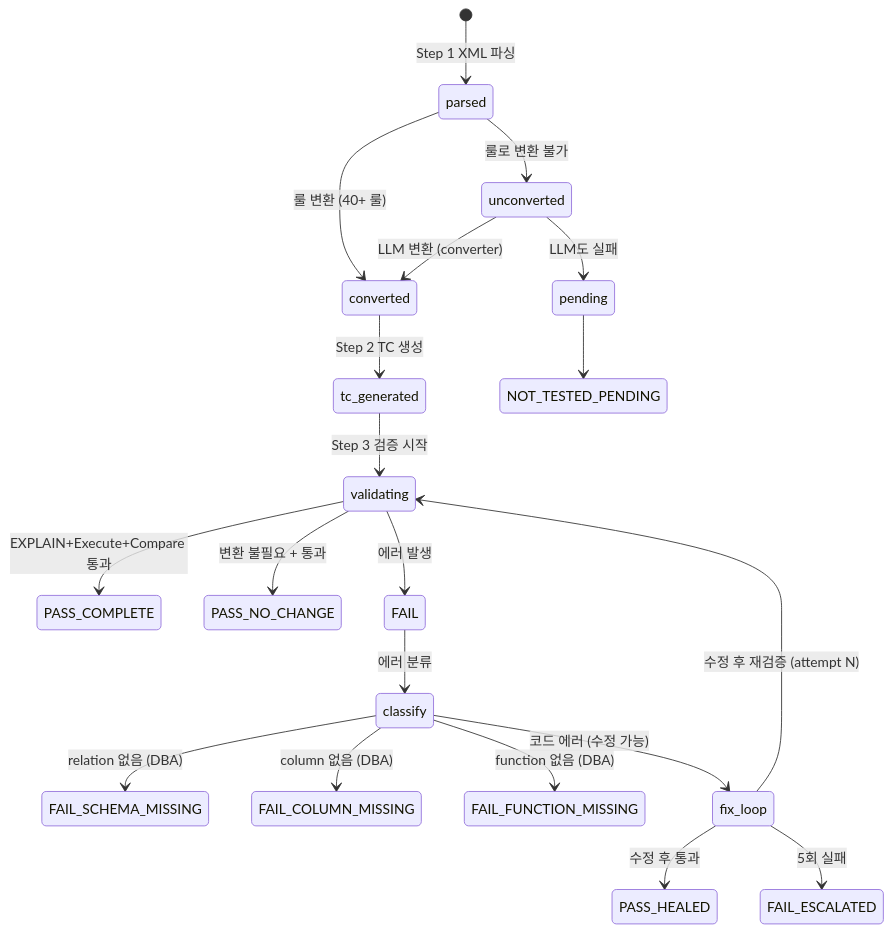
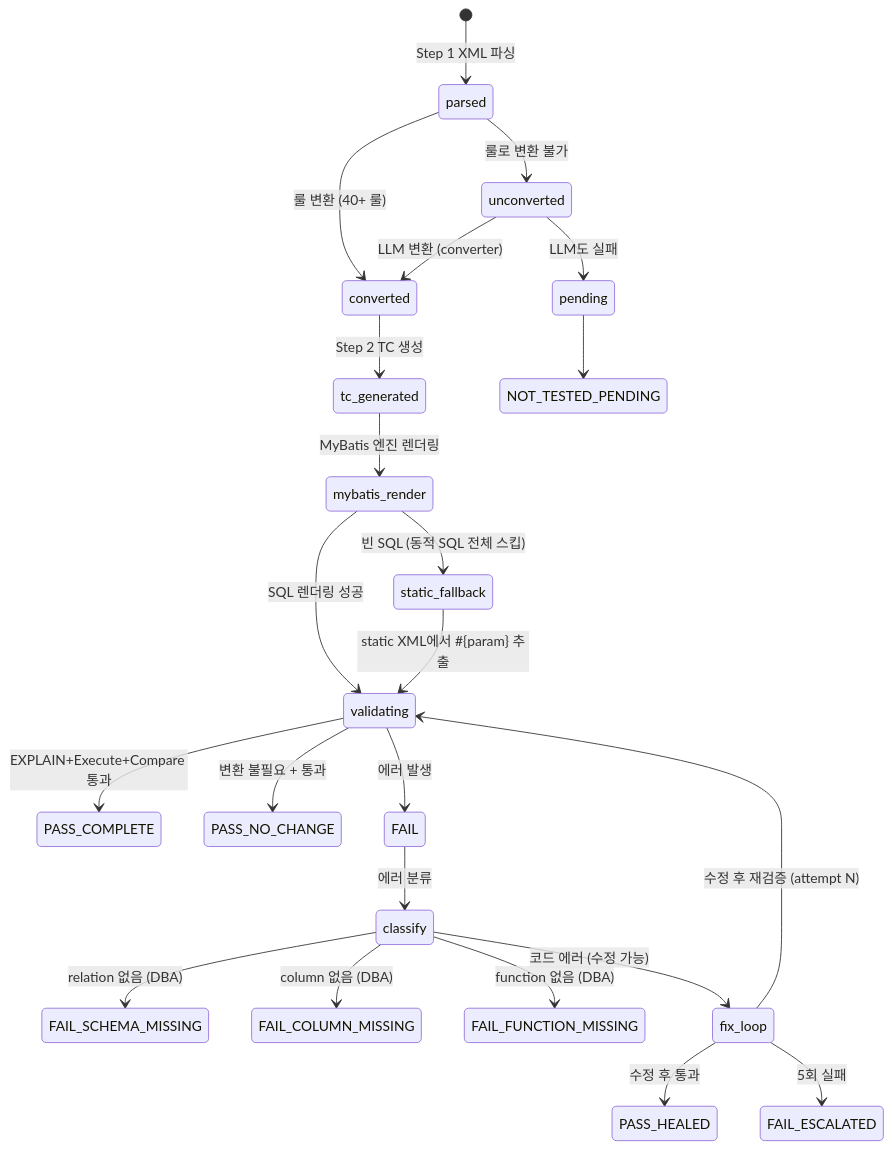
Before and after one commit to netsgo0319/oma-claude-code: the third of 4 diagrams in docs/architecture.md, drawn with Mermaid. The commit also changed other lines of this file and 2 other files, not shown here.

Commit message:
docs: static fallback 보충 로직 문서화
- CLAUDE.md: NOT_TESTED_NO_RENDER 설명에 "static fallback 시도 후에도" 추가
- architecture.md: Query Lifecycle에 mybatis_render → static_fallback 경로 추가
- architecture.md: NOT_TESTED_NO_RENDER 설명 보강
- validate-and-fix.md: SQL 로딩 우선순위 설명 추가
  (MyBatis 렌더링 → 빈 SQL이면 static XML 자동 보충)

````diff
--- a/docs/architecture.md
+++ b/docs/architecture.md
@@ -100,28 +100,31 @@
 ```mermaid
 stateDiagram-v2
     [*] --> parsed: Step 1 XML 파싱
     parsed --> converted: 룰 변환 (40+ 룰)
     parsed --> unconverted: 룰로 변환 불가
     unconverted --> converted: LLM 변환 (converter)
     unconverted --> pending: LLM도 실패
 
     converted --> tc_generated: Step 2 TC 생성
-    tc_generated --> validating: Step 3 검증 시작
+    tc_generated --> mybatis_render: MyBatis 엔진 렌더링
+    mybatis_render --> validating: SQL 렌더링 성공
+    mybatis_render --> static_fallback: 빈 SQL (동적 SQL 전체 스킵)
+    static_fallback --> validating: static XML에서 #{param} 추출
 
     validating --> PASS_COMPLETE: EXPLAIN+Execute+Compare 통과
     validating --> PASS_NO_CHANGE: 변환 불필요 + 통과
     validating --> FAIL: 에러 발생
 
     FAIL --> classify: 에러 분류
 
     classify --> FAIL_SCHEMA_MISSING: relation 없음 (DBA)
     classify --> FAIL_COLUMN_MISSING: column 없음 (DBA)
     classify --> FAIL_FUNCTION_MISSING: function 없음 (DBA)
     classify --> fix_loop: 코드 에러 (수정 가능)
 
     fix_loop --> validating: 수정 후 재검증 (attempt N)
     fix_loop --> PASS_HEALED: 수정 후 통과
     fix_loop --> FAIL_ESCALATED: 5회 실패
 
     pending --> NOT_TESTED_PENDING
 ```
````
